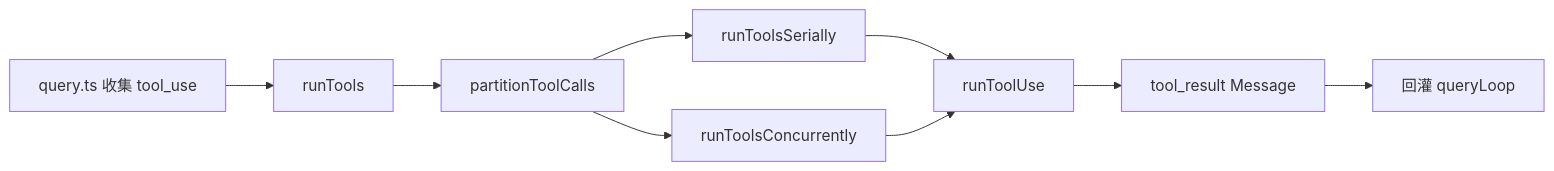
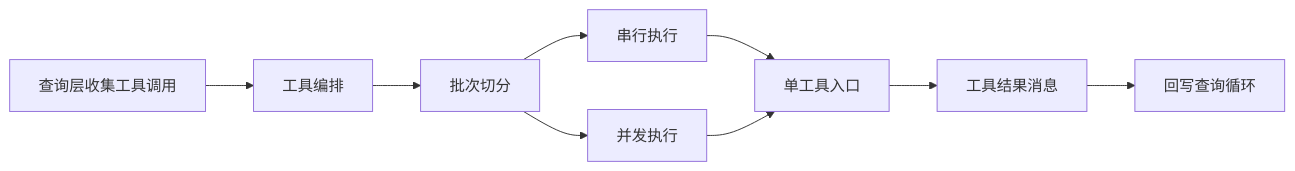
One commit to friendlyhank/claude-code-annotated changed the diagram in notes/reviews/04-tool-execution-layer.md. Above: the diagram before and after it, drawn with Mermaid. The commit also changed other lines of this file and 15 other files, not shown here.

````diff
--- a/notes/reviews/04-tool-execution-layer.md
+++ b/notes/reviews/04-tool-execution-layer.md
@@ -19,11 +18,11 @@
 ```mermaid
 flowchart LR
-    Detect[query.ts 收集 tool_use] --> Orchestrate[runTools]
-    Orchestrate --> Partition[partitionToolCalls]
-    Partition --> Serial[runToolsSerially]
-    Partition --> Concurrent[runToolsConcurrently]
-    Serial --> Single[runToolUse]
-    Concurrent --> Single
-    Single --> Result[tool_result Message]
-    Result --> Query[回灌 queryLoop]
+    Detect[查询层收集工具调用] --> Orchestrate[工具编排]
+    Orchestrate --> Batch[批次切分]
+    Batch --> Serial[串行执行]
+    Batch --> Concurrent[并发执行]
+    Serial --> Execute[单工具入口]
+    Concurrent --> Execute
+    Execute --> Result[工具结果消息]
+    Result --> Query[回写查询循环]
 ```
````
